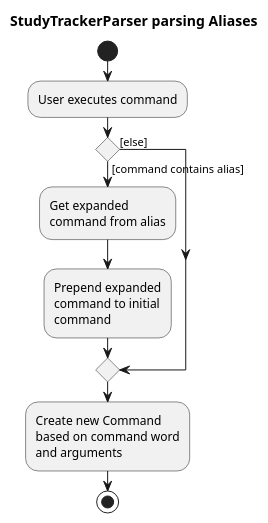
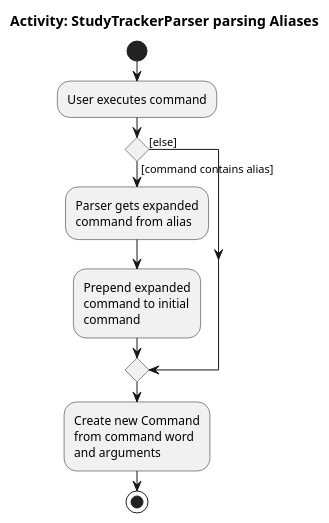
The diagram in docs/diagrams/AliasActivityDiagram.puml (ruoyann/tp), drawn with PlantUML before and after one commit. The commit also changed 10 other files, not shown here.

Commit message:
Embiggen diagrams

```diff
--- a/docs/diagrams/AliasActivityDiagram.puml
+++ b/docs/diagrams/AliasActivityDiagram.puml
@@ -1,24 +1,24 @@
 @startuml
-title StudyTrackerParser parsing Aliases
+title Activity: StudyTrackerParser parsing Aliases
 
 start
 :User executes command;
 
 'Since the beta syntax does not support placing the condition outside the
 'diamond we place it as the true branch instead.
 
 if () then ([command contains alias])
-    :Get expanded
+    :Parser gets expanded
     command from alias;
     :Prepend expanded
     command to initial
     command;
 else ([else])
 endif
 
 :Create new Command
-based on command word
+from command word
 and arguments;
 
 stop
 @enduml
```
